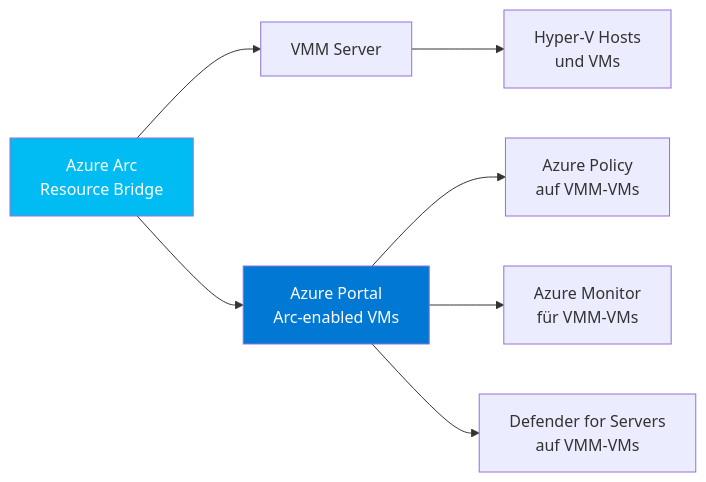
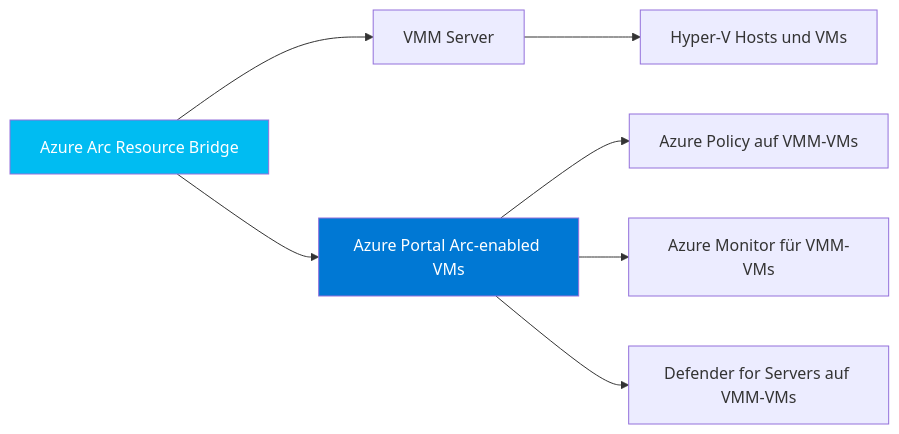
Before and after one commit to SoniiiT/notes-n-docs: the fourth of 4 diagrams in Microsoft 365/System Center/SCVMM Grundlagen.md, drawn with Mermaid. The commit also changed other lines of this file and 124 other files, not shown here.

First line of the commit message:
fix: Entferne \n aus allen Mermaid-Diagrammen (125 Dateien)

````diff
--- a/Microsoft 365/System Center/SCVMM Grundlagen.md
+++ b/Microsoft 365/System Center/SCVMM Grundlagen.md
@@ -248,12 +248,12 @@
 ```mermaid
 flowchart LR
-    ARC[Azure Arc\nResource Bridge] --> VMMS[VMM Server]
-    VMMS --> HOSTS[Hyper-V Hosts\nund VMs]
-    ARC --> AZURE[Azure Portal\nArc-enabled VMs]
-    AZURE --> POLICY[Azure Policy\nauf VMM-VMs]
-    AZURE --> MONITOR[Azure Monitor\nfür VMM-VMs]
-    AZURE --> DEFV[Defender for Servers\nauf VMM-VMs]
+    ARC[Azure Arc Resource Bridge] --> VMMS[VMM Server]
+    VMMS --> HOSTS[Hyper-V Hosts und VMs]
+    ARC --> AZURE[Azure Portal Arc-enabled VMs]
+    AZURE --> POLICY[Azure Policy auf VMM-VMs]
+    AZURE --> MONITOR[Azure Monitor für VMM-VMs]
+    AZURE --> DEFV[Defender for Servers auf VMM-VMs]
 
     style AZURE fill:#0078D4,color:#fff
     style ARC fill:#00BCF2,color:#fff
 ```
````
